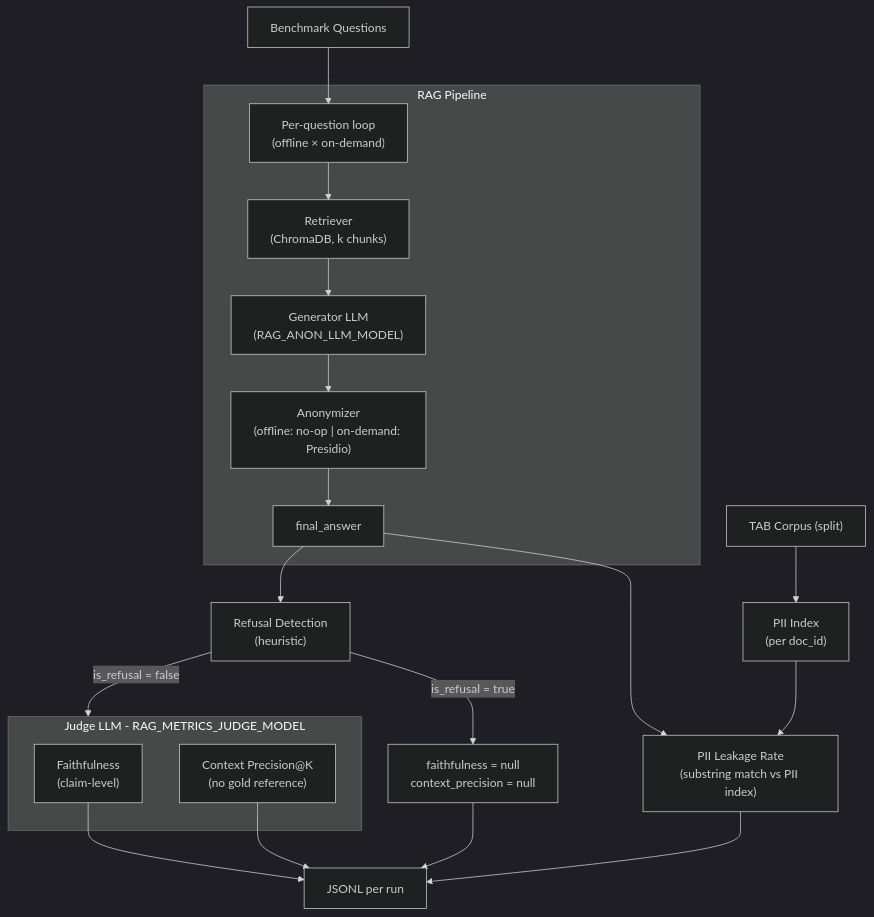
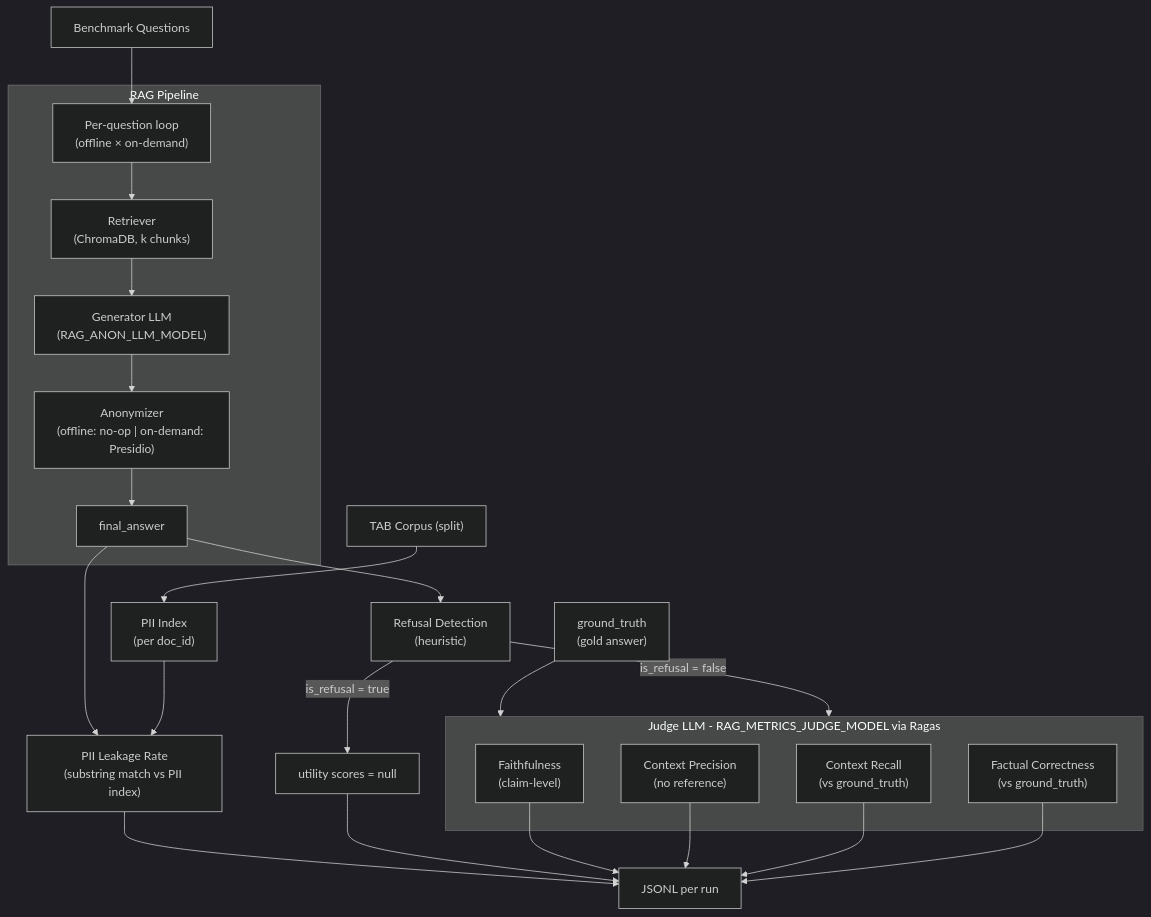
Before and after one commit to matheusfbosa/rag-anonymous-metrics: the diagram in README.md, drawn with Mermaid (dark theme). The commit also changed other lines of this file and 4 other files, not shown here.

Commit message:
feat: add context recall and factual correctness utility metrics

````diff
--- a/README.md
+++ b/README.md
@@ -19,29 +19,34 @@
 ```mermaid
 flowchart TD
     corpus["TAB Corpus (split)"] --> pii_index["PII Index\n(per doc_id)"]
     questions["Benchmark Questions"] --> loop["Per-question loop\n(offline × on-demand)"]
 
     subgraph rag_pipeline [RAG Pipeline]
         loop --> retriever["Retriever\n(ChromaDB, k chunks)"]
         retriever --> generator["Generator LLM\n(RAG_ANON_LLM_MODEL)"]
         generator --> anon["Anonymizer\n(offline: no-op | on-demand: Presidio)"]
         anon --> final_answer["final_answer"]
     end
 
     final_answer --> pii_leakage["PII Leakage Rate\n(substring match vs PII index)"]
     final_answer --> refusal["Refusal Detection\n(heuristic)"]
     pii_index --> pii_leakage
+    ground_truth["ground_truth\n(gold answer)"] --> judge_block
 
     refusal -->|"is_refusal = false"| judge_block
-    refusal -->|"is_refusal = true"| null_scores["faithfulness = null\ncontext_precision = null"]
+    refusal -->|"is_refusal = true"| null_scores["utility scores = null"]
 
-    subgraph judge_block [Judge LLM - RAG_METRICS_JUDGE_MODEL]
+    subgraph judge_block [Judge LLM - RAG_METRICS_JUDGE_MODEL via Ragas]
         faithfulness["Faithfulness\n(claim-level)"]
-        ctx_precision["Context Precision@K\n(no gold reference)"]
+        ctx_precision["Context Precision\n(no reference)"]
+        ctx_recall["Context Recall\n(vs ground_truth)"]
+        factual["Factual Correctness\n(vs ground_truth)"]
     end
 
     pii_leakage --> jsonl["JSONL per run"]
     null_scores --> jsonl
     faithfulness --> jsonl
     ctx_precision --> jsonl
+    ctx_recall --> jsonl
+    factual --> jsonl
 ```
````
